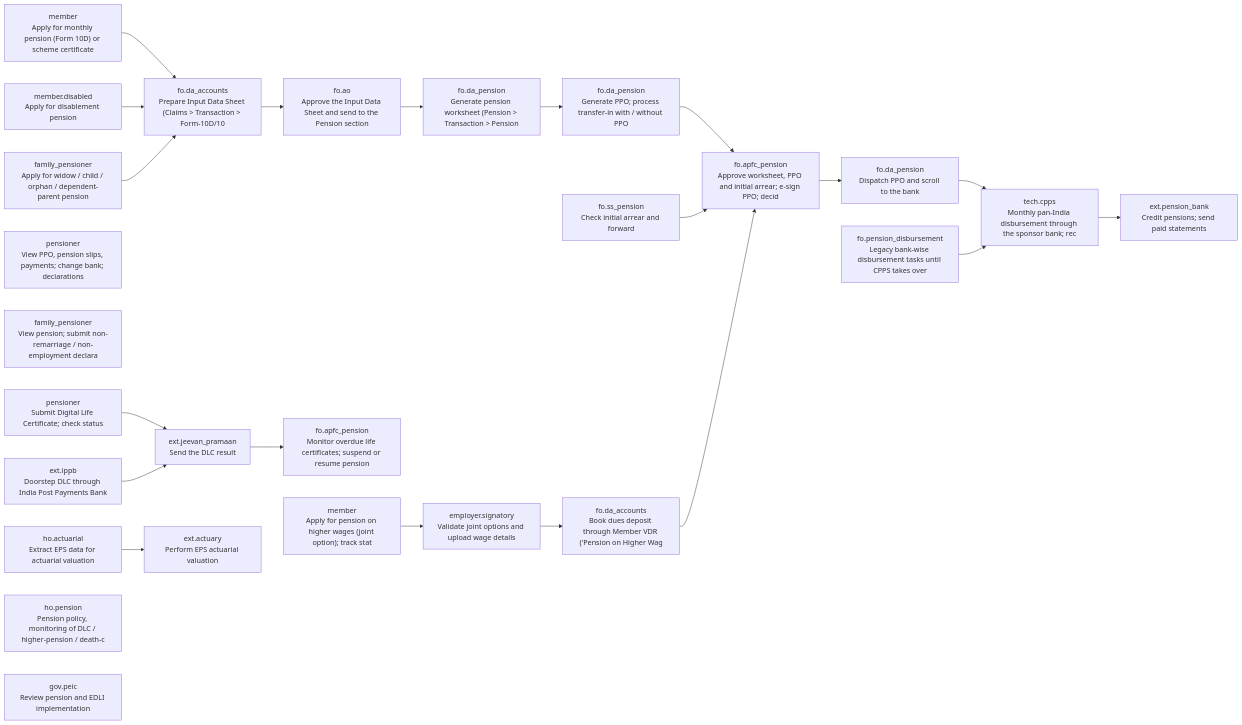
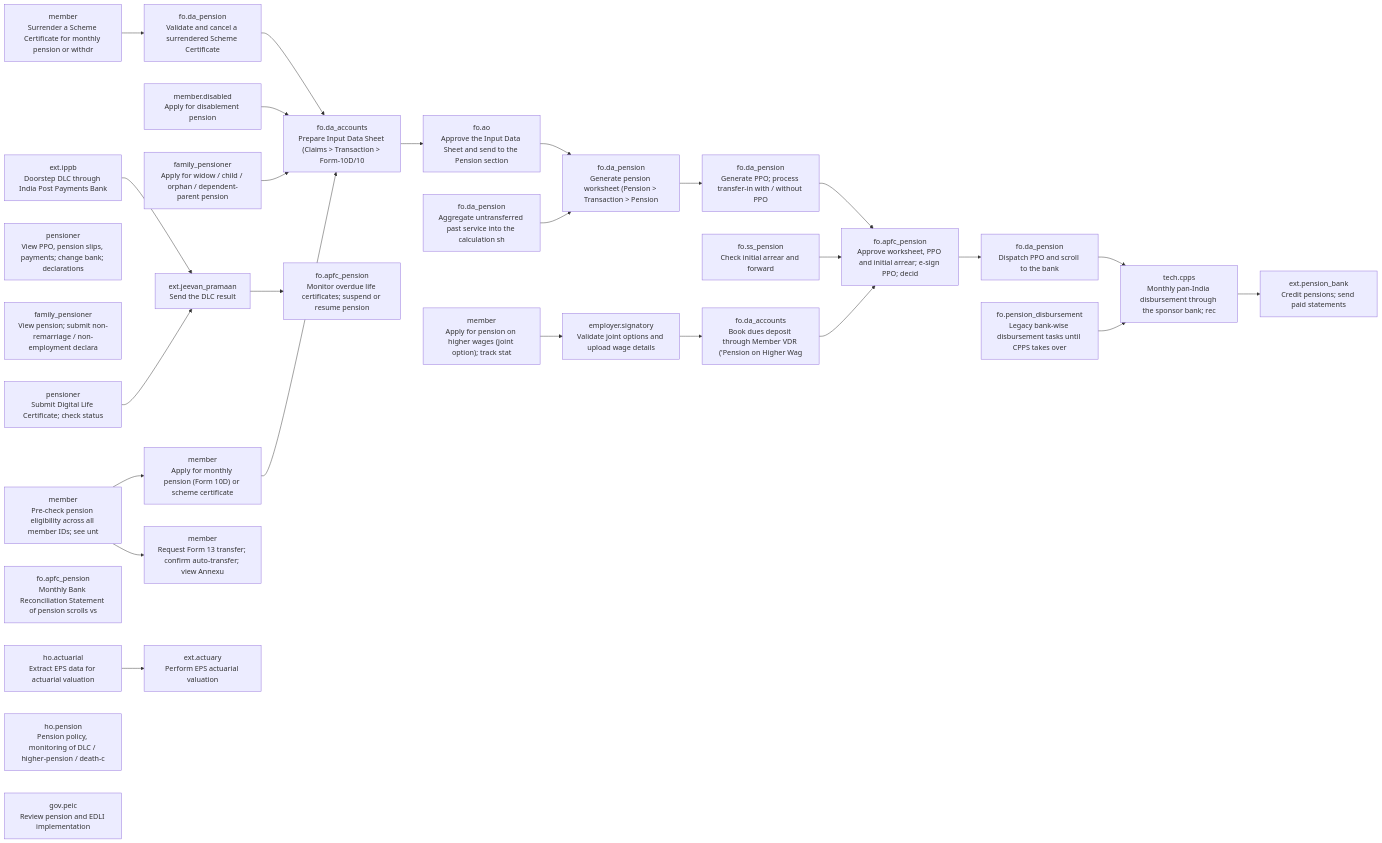
Before and after one commit to gauravmeena0708/pf-life: the fifth of 14 diagrams in docs/stakeholder-api-sets.md, drawn with Mermaid. The commit also changed other lines of this file and 23 other files, not shown here.

````diff
--- a/docs/stakeholder-api-sets.md
+++ b/docs/stakeholder-api-sets.md
@@ -1370,48 +1452,59 @@
 ```mermaid
 flowchart LR
   F05_apply["member<br/>Apply for monthly pension (Form 10D) or scheme certificate"]
+  F05_preview["member<br/>Pre-check pension eligibility across all member IDs; see unt"]
+  F05_sc_surrender["member<br/>Surrender a Scheme Certificate for monthly pension or withdr"]
   F05_disabled_apply["member.disabled<br/>Apply for disablement pension"]
   F05_family_apply["family_pensioner<br/>Apply for widow / child / orphan / dependent-parent pension"]
   F05_ids["fo.da_accounts<br/>Prepare Input Data Sheet (Claims > Transaction > Form-10D/10"]
   F05_ids_approve["fo.ao<br/>Approve the Input Data Sheet and send to the Pension section"]
   F05_worksheet["fo.da_pension<br/>Generate pension worksheet (Pension > Transaction > Pension "]
+  F05_aggregate["fo.da_pension<br/>Aggregate untransferred past service into the calculation sh"]
+  F05_sc_adjudicate["fo.da_pension<br/>Validate and cancel a surrendered Scheme Certificate"]
   F05_ppo["fo.da_pension<br/>Generate PPO; process transfer-in with / without PPO"]
   F05_initial_arrear["fo.ss_pension<br/>Check initial arrear and forward"]
   F05_ppo_approve["fo.apfc_pension<br/>Approve worksheet, PPO and initial arrear; e-sign PPO; decid"]
   F05_dispatch["fo.da_pension<br/>Dispatch PPO and scroll to the bank"]
   F05_cpps["tech.cpps<br/>Monthly pan-India disbursement through the sponsor bank; rec"]
   F05_disbursement_section["fo.pension_disbursement<br/>Legacy bank-wise disbursement tasks until CPPS takes over"]
   F05_bank["ext.pension_bank<br/>Credit pensions; send paid statements"]
   F05_pensioner_view["pensioner<br/>View PPO, pension slips, payments; change bank; declarations"]
   F05_family_view["family_pensioner<br/>View pension; submit non-remarriage / non-employment declara"]
   F05_dlc["pensioner<br/>Submit Digital Life Certificate; check status"]
   F05_dlc_event["ext.jeevan_pramaan<br/>Send the DLC result"]
   F05_dlc_doorstep["ext.ippb<br/>Doorstep DLC through India Post Payments Bank"]
   F05_dlc_monitor["fo.apfc_pension<br/>Monitor overdue life certificates; suspend or resume pension"]
+  F05_brs["fo.apfc_pension<br/>Monthly Bank Reconciliation Statement of pension scrolls vs "]
   F05_higher_member["member<br/>Apply for pension on higher wages (joint option); track stat"]
   F05_higher_employer["employer.signatory<br/>Validate joint options and upload wage details"]
   F05_higher_deposit["fo.da_accounts<br/>Book dues deposit through Member VDR ('Pension on Higher Wag"]
   F05_actuarial["ho.actuarial<br/>Extract EPS data for actuarial valuation"]
   F05_valuation["ext.actuary<br/>Perform EPS actuarial valuation"]
   F05_policy["ho.pension<br/>Pension policy, monitoring of DLC / higher-pension / death-c"]
   F05_peic["gov.peic<br/>Review pension and EDLI implementation"]
   F05_apply --> F05_ids
+  F04_transfer["member<br/>Request Form 13 transfer; confirm auto-transfer; view Annexu"]
+  F05_preview --> F04_transfer
+  F05_preview --> F05_apply
+  F05_sc_surrender --> F05_sc_adjudicate
   F05_disabled_apply --> F05_ids
   F05_family_apply --> F05_ids
   F05_ids --> F05_ids_approve
   F05_ids_approve --> F05_worksheet
   F05_worksheet --> F05_ppo
+  F05_aggregate --> F05_worksheet
+  F05_sc_adjudicate --> F05_ids
   F05_ppo --> F05_ppo_approve
   F05_initial_arrear --> F05_ppo_approve
   F05_ppo_approve --> F05_dispatch
   F05_dispatch --> F05_cpps
   F05_cpps --> F05_bank
   F05_disbursement_section --> F05_cpps
   F05_dlc --> F05_dlc_event
   F05_dlc_event --> F05_dlc_monitor
   F05_dlc_doorstep --> F05_dlc_event
   F05_higher_member --> F05_higher_employer
   F05_higher_employer --> F05_higher_deposit
   F05_higher_deposit --> F05_ppo_approve
   F05_actuarial --> F05_valuation
 ```
````
